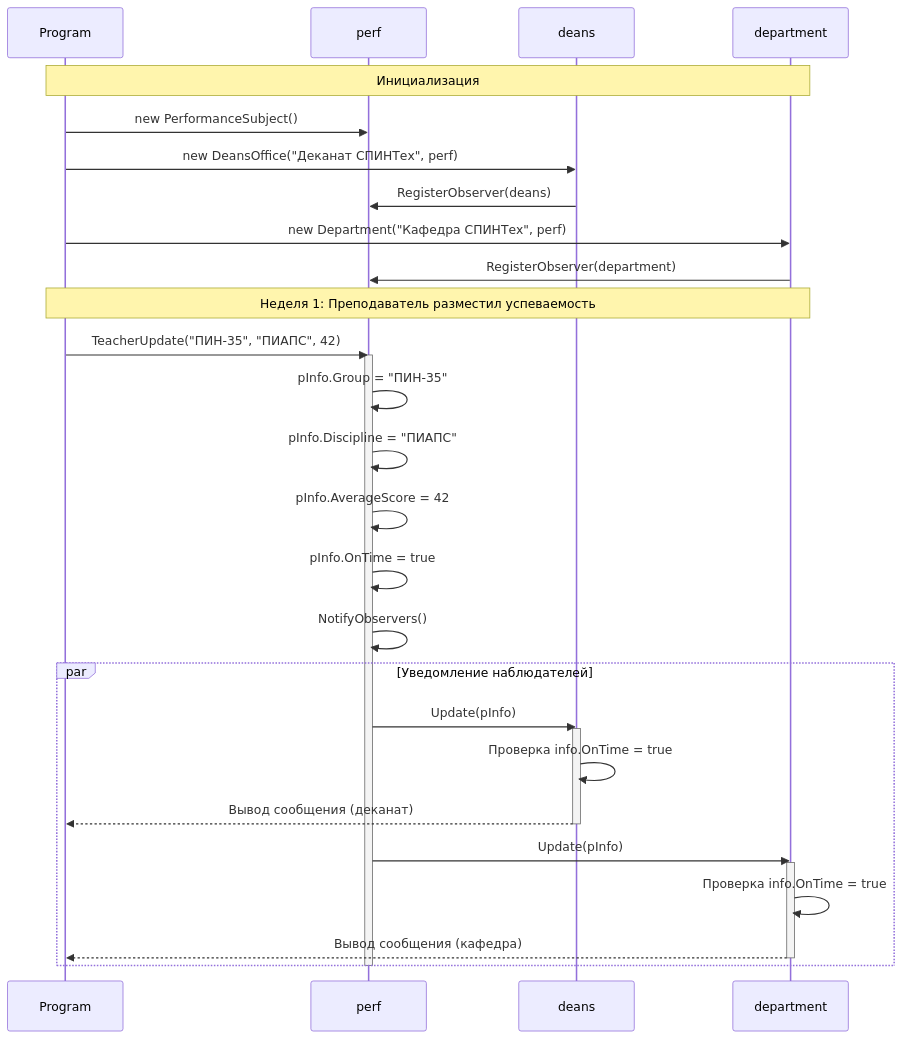
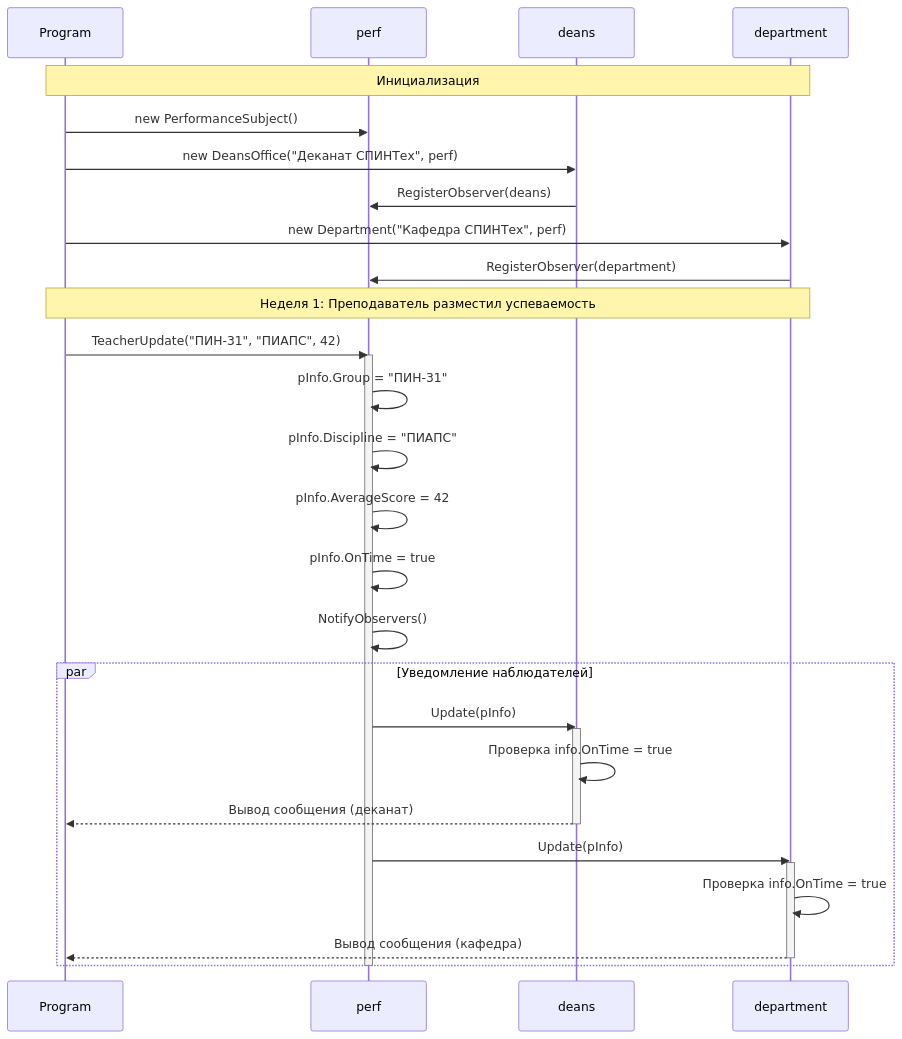
The second of 3 diagrams in diagrams.md (VLADYAAA/paps6), drawn with Mermaid before and after one commit. The commit also changed other lines of this file, not shown here.

````diff
--- a/diagrams.md
+++ b/diagrams.md
@@ -74,38 +74,38 @@
 ```mermaid
 sequenceDiagram
     participant Program
     participant PerformanceSubject as perf
     participant DeansOffice as deans
     participant Department as department
     
     Note over Program,Department: Инициализация
     Program->>PerformanceSubject: new PerformanceSubject()
     Program->>DeansOffice: new DeansOffice("Деканат СПИНТех", perf)
     DeansOffice->>PerformanceSubject: RegisterObserver(deans)
     Program->>Department: new Department("Кафедра СПИНТех", perf)
     Department->>PerformanceSubject: RegisterObserver(department)
     
     Note over Program,Department: Неделя 1: Преподаватель разместил успеваемость
-    Program->>PerformanceSubject: TeacherUpdate("ПИН-35", "ПИАПС", 42)
+    Program->>PerformanceSubject: TeacherUpdate("ПИН-31", "ПИАПС", 42)
     activate PerformanceSubject
-    PerformanceSubject->>PerformanceSubject: pInfo.Group = "ПИН-35"
+    PerformanceSubject->>PerformanceSubject: pInfo.Group = "ПИН-31"
     PerformanceSubject->>PerformanceSubject: pInfo.Discipline = "ПИАПС"
     PerformanceSubject->>PerformanceSubject: pInfo.AverageScore = 42
     PerformanceSubject->>PerformanceSubject: pInfo.OnTime = true
     PerformanceSubject->>PerformanceSubject: NotifyObservers()
     
     par Уведомление наблюдателей
         PerformanceSubject->>DeansOffice: Update(pInfo)
         activate DeansOffice
         DeansOffice->>DeansOffice: Проверка info.OnTime = true
         DeansOffice-->>Program: Вывод сообщения (деканат)
         deactivate DeansOffice
         
         PerformanceSubject->>Department: Update(pInfo)
         activate Department
         Department->>Department: Проверка info.OnTime = true
         Department-->>Program: Вывод сообщения (кафедра)
         deactivate Department
     end
     deactivate PerformanceSubject
 ```
````
